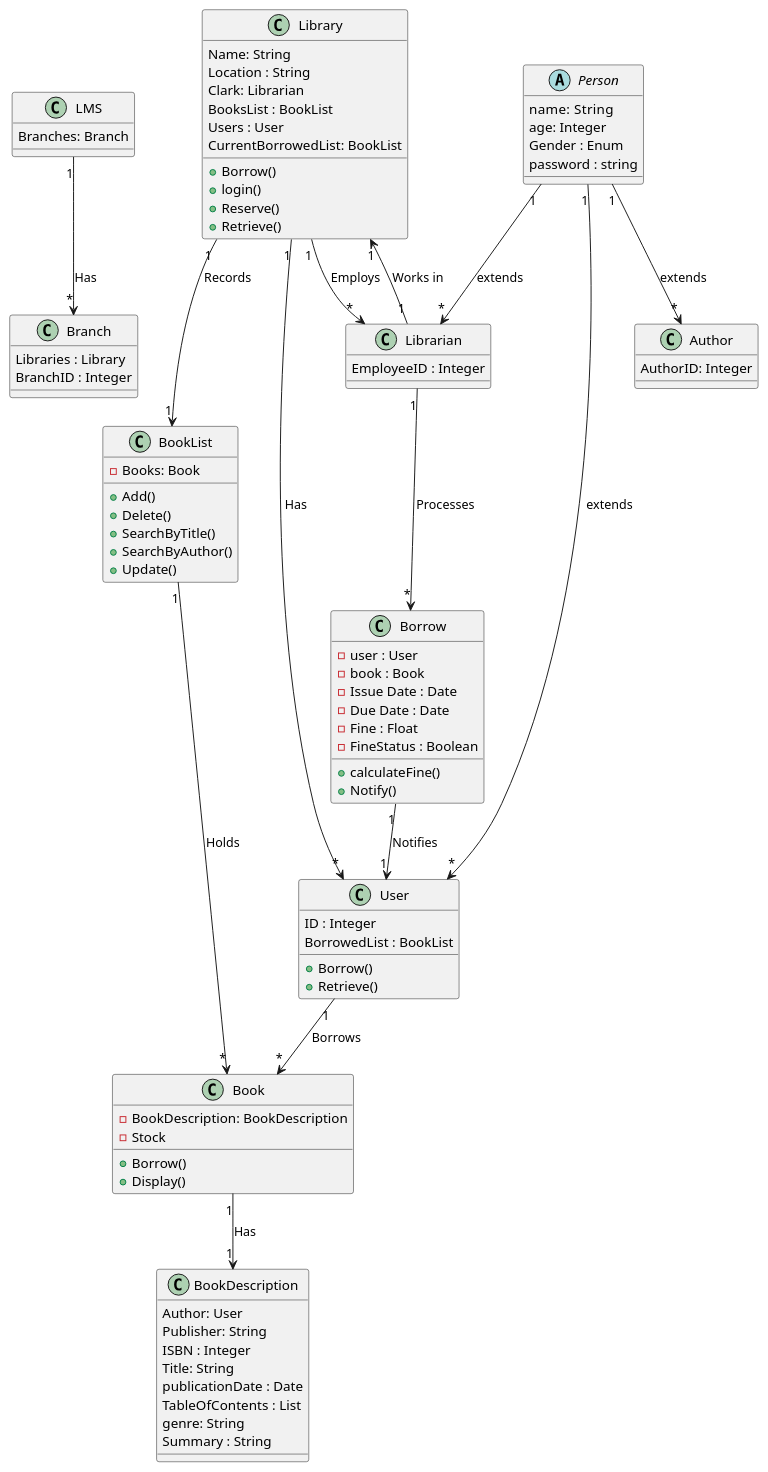
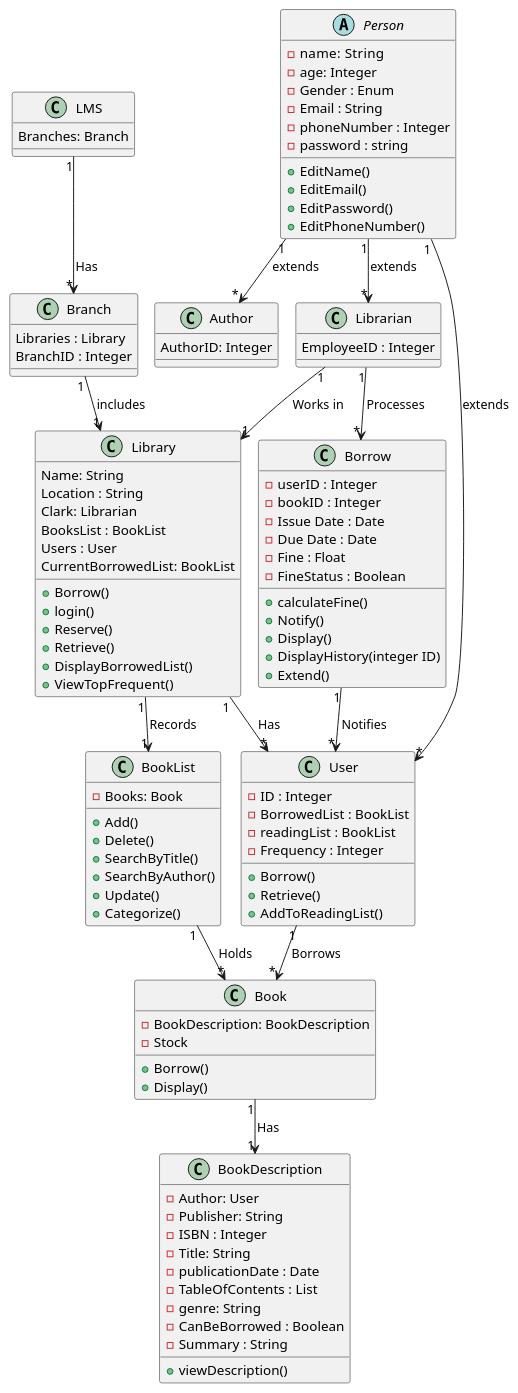
One commit to SalmaAzeem/library-system changed the diagram in diagrams/DCD/DCD.puml. Above: the diagram before and after it, drawn with PlantUML.

Commit message:
Updated DCD

```diff
--- a/diagrams/DCD/DCD.puml
+++ b/diagrams/DCD/DCD.puml
@@ -1,102 +1,124 @@
 @startuml
+!pragma layout smetana
 'https://plantuml.com/class-diagram
 class LMS
 {
 Branches: Branch
 }
 class Branch
 {
  Libraries : Library
  BranchID : Integer
 }
 class Library {
   Name: String
   'Should it be a Library Class cuz it's a physical place?
   Location : String
   Clark: Librarian
   BooksList : BookList
   Users : User
   CurrentBorrowedList: BookList
-   'Takes the info Of the user and the borrowed Books add it to the currentBorrowedBooks
+   ''Takes the info Of the user and the borrowed Books add it to the currentBorrowedBooks
   + Borrow()
   + login()
   + Reserve()
   + Retrieve()
+  + DisplayBorrowedList()
+  + ViewTopFrequent()
 }
-'Could have an abstract class to implement the borrow function ?
+''Could have an abstract class to implement the borrow function ?
 class BookList {
   - Books: Book
   ' -BookDescriptions: BookDescription
  + Add()
  + Delete()
  + SearchByTitle()
  + SearchByAuthor()
  + Update()
+ + Categorize()
 }
 class Book {
  - BookDescription: BookDescription
  - Stock
- 'Could this be removed and replaced by unique ID instead?
- 'Decrement the stock
+ ''Could this be removed and replaced by unique ID instead?
+ ''Decrement the stock
  + Borrow()
  + Display()
 
 }
 class BookDescription {
-  Author: User
-  Publisher: String
-  ISBN : Integer
-  Title: String
-  publicationDate : Date
-  TableOfContents : List
-  genre: String
-  Summary : String
+  - Author: User
+  - Publisher: String
+  - ISBN : Integer
+  - Title: String
+  - publicationDate : Date
+  - TableOfContents : List
+  - genre: String
+  - CanBeBorrowed : Boolean
+  - Summary : String
+  + viewDescription()
 }
 class User {
-  ID : Integer
-  BorrowedList : BookList
+  - ID : Integer
+  - BorrowedList : BookList
+  - readingList : BookList
+  - Frequency : Integer
   'Adds the Book to the user's borrowedList
   + Borrow()
   'Remove the book from the user's borrowedList
   + Retrieve()
+  + AddToReadingList()
 }
-'Out of context ?
+''Out of context ?
 class Author{
 AuthorID: Integer
 }
 abstract class Person{
-  name:  String
-  age: Integer
-  Gender : Enum
-  password : string
+  - name:  String
+  - age: Integer
+  - Gender : Enum
+  - Email : String
+  - phoneNumber : Integer
+  - password : string
+  + EditName()
+  + EditEmail()
+  + EditPassword()
+  + EditPhoneNumber()
+
 }
-
+''What are the functions of librarian and how to let them confirm the retrieve request
 class Librarian {
      EmployeeID : Integer
 }
 
 class Borrow {
-  - user : User
-  - book : Book
+  - userID : Integer
+  '' can we add an ID to each book so we need to sum by ISBN to know the stock so we can assign the ID to the borrow class
+  - bookID : Integer
   - Issue Date : Date
   - Due Date : Date
   - Fine : Float
   - FineStatus : Boolean
   + calculateFine()
   + Notify()
+  + Display()
+  ''retrieves the History of specific user
+  + DisplayHistory(integer ID)
+  + Extend()
+
 }
 
 LMS "1" --> "*" Branch : Has
 BookList "1" --> "*" Book : Holds
+Branch "1" --> "1" Library : includes
 Book "1" --> "1" BookDescription : Has
 Person "1" -->"*" Librarian : extends
 Person "1" -->"*" User : extends
 Person "1" -->"*" Author : extends
 Library "1" --> "*" User : Has
 Library "1" --> "1" BookList : Records
-Library "1" --> "*" Librarian : Employs
 User "1" --> "*" Book : Borrows
 Librarian "1" --> "*" Borrow : Processes
 Librarian "1" -->  "1" Library : Works in
-Borrow "1" --> "1" User : Notifies
+Borrow "1" --> "*" User : Notifies
 @enduml
```
